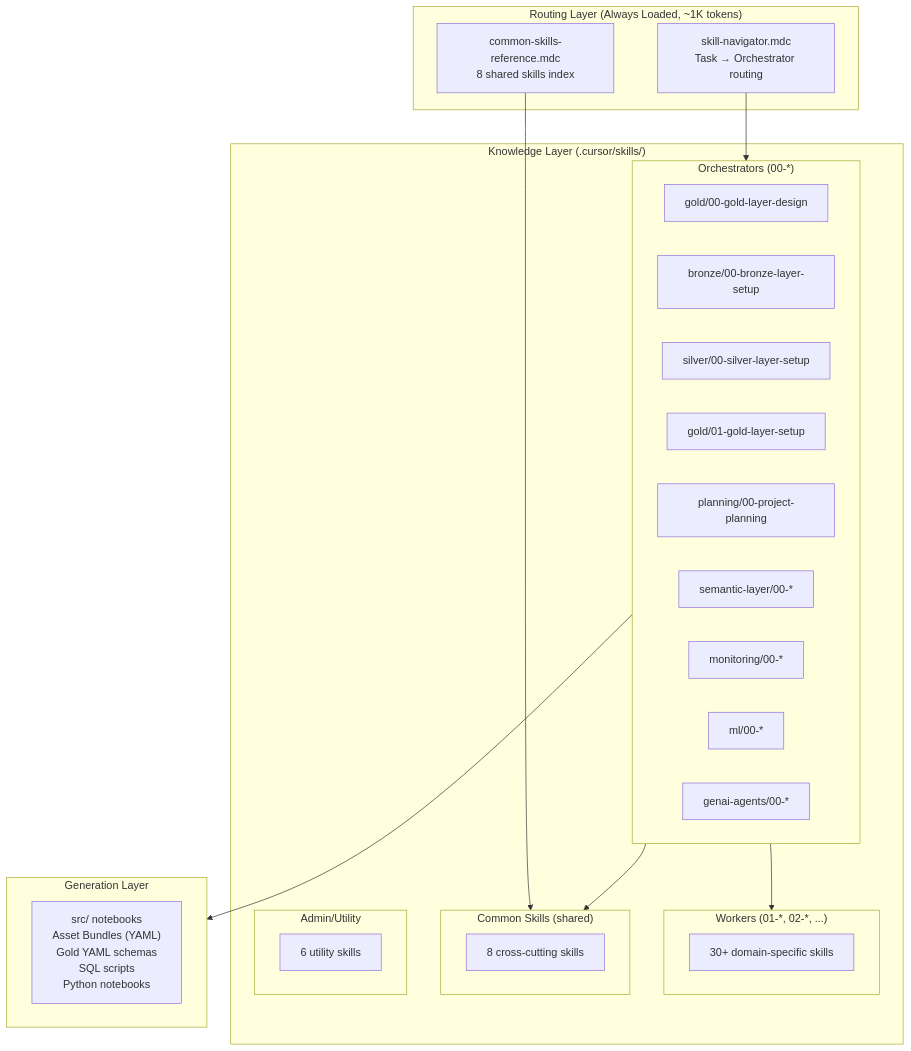
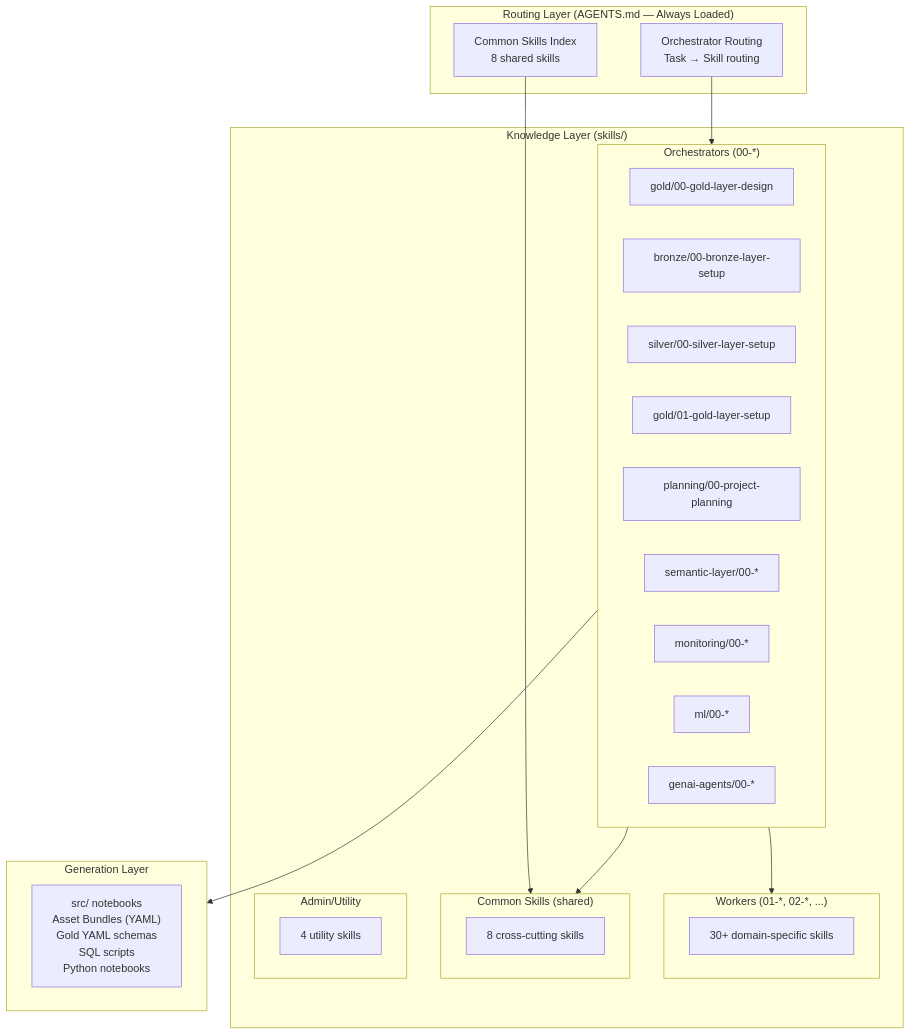
One commit to prashsub/vibe_coding_lakehouse_starter_repo changed the first of 2 diagrams in docs/vibe-coding-framework-design/02-architecture-overview.md. Above: the diagram before and after it, drawn with Mermaid. The commit also changed other lines of this file and 370 other files, not shown here.

First line of the commit message:
refactor: Move skills from .cursor/skills to root skills directory

````diff
--- a/docs/vibe-coding-framework-design/02-architecture-overview.md
+++ b/docs/vibe-coding-framework-design/02-architecture-overview.md
@@ -11,40 +11,40 @@
 ```mermaid
 graph TB
-    subgraph Routing["Routing Layer (Always Loaded, ~1K tokens)"]
-        SN["skill-navigator.mdc<br/>Task → Orchestrator routing"]
-        CSR["common-skills-reference.mdc<br/>8 shared skills index"]
+    subgraph Routing["Routing Layer (AGENTS.md — Always Loaded)"]
+        SN["Orchestrator Routing<br/>Task → Skill routing"]
+        CSR["Common Skills Index<br/>8 shared skills"]
     end
 
-    subgraph Skills["Knowledge Layer (.cursor/skills/)"]
+    subgraph Skills["Knowledge Layer (skills/)"]
         subgraph Orchestrators["Orchestrators (00-*)"]
             O1["gold/00-gold-layer-design"]
             O2["bronze/00-bronze-layer-setup"]
             O3["silver/00-silver-layer-setup"]
             O4["gold/01-gold-layer-setup"]
             O5["planning/00-project-planning"]
             O6["semantic-layer/00-*"]
             O7["monitoring/00-*"]
             O8["ml/00-*"]
             O9["genai-agents/00-*"]
         end
         subgraph Workers["Workers (01-*, 02-*, ...)"]
             W1["30+ domain-specific skills"]
         end
         subgraph Common["Common Skills (shared)"]
             C1["8 cross-cutting skills"]
         end
         subgraph Admin["Admin/Utility"]
-            A1["6 utility skills"]
+            A1["4 utility skills"]
         end
     end
 
     subgraph Output["Generation Layer"]
         OUT["src/ notebooks<br/>Asset Bundles (YAML)<br/>Gold YAML schemas<br/>SQL scripts<br/>Python notebooks"]
     end
 
     SN --> Orchestrators
     CSR --> Common
     Orchestrators --> Workers
     Orchestrators --> Common
     Orchestrators --> Output
 ```
````
